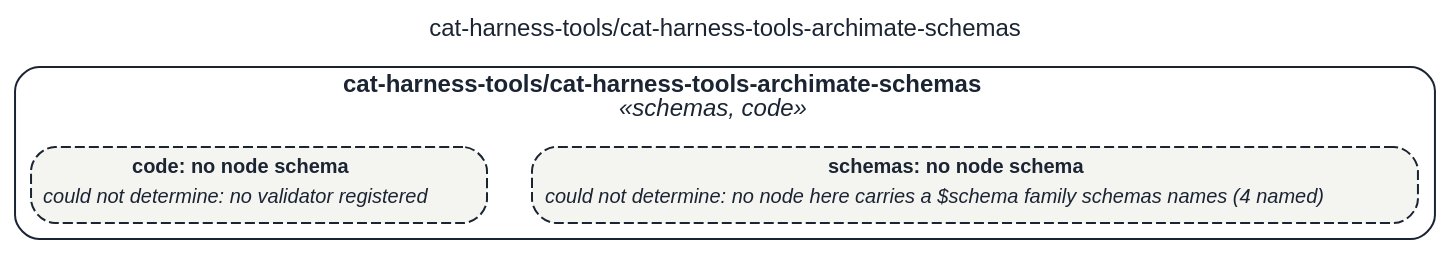
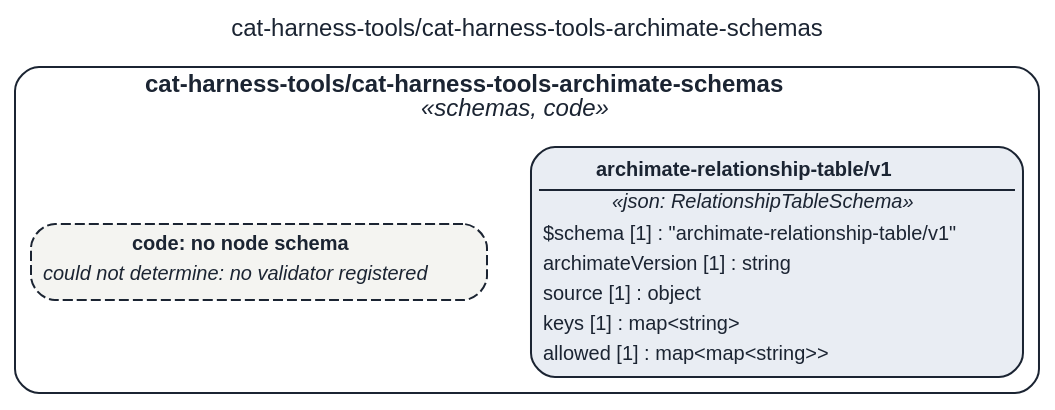
One commit to litlfred/folio-assistant changed the diagram in assets/img/uml/overview/cat-harness-tools/cat-harness-tools-archimate-schemas.dot. Above: the diagram before and after it, drawn with Graphviz. The commit also changed 10681 other files, not shown here.

```diff
--- a/assets/img/uml/overview/cat-harness-tools/cat-harness-tools-archimate-schemas.dot
+++ b/assets/img/uml/overview/cat-harness-tools/cat-harness-tools-archimate-schemas.dot
@@ -1,12 +1,12 @@
 // GENERATED by cat-harness-tools/scripts/gen-uml-overview.ts — do not edit.
 // Rendered page (interactive view, same model): https://litlfred.github.io/folio-assistant/uml/overview/cat-harness-tools/cat-harness-tools-archimate-schemas.html
 digraph "cat_harness_tools_cat_harness_tools_archimate_schemas" {
   graph [label="cat-harness-tools/cat-harness-tools-archimate-schemas", labelloc=t, fontname="Helvetica", fontsize=12, fontcolor="#1b2432", newrank=true, ratio=auto, nodesep=0.3, ranksep=0.5, bgcolor="transparent"];
   node [shape=box, style="rounded,filled", margin=0.05, fontname="Helvetica", fontsize=10, color="#1b2432", fontcolor="#1b2432"];
   edge [color="#1b2432", fontcolor="#1b2432", fontname="Helvetica", fontsize=9];
   subgraph "cluster_pkg_cat_harness_tools_cat_harness_tools_archimate_schemas" {
     label=<<b>cat-harness-tools/cat-harness-tools-archimate-schemas</b><br/><i>«schemas, code»</i>>; style="rounded"; color="#1b2432"; class="fa_uml_subgraph";
-    "n_cat_harness_tools_cat_harness_tools_archimate_schemas_schemas" [style="rounded,filled,dashed", fillcolor="#f4f4f1", class="fa_uml_kind_schemas fa_uml_undetermined", label=<<table border="0" cellborder="0" cellspacing="0" cellpadding="2"><tr><td><b>schemas: no node schema</b></td></tr><tr><td align="left"><i>could not determine: no node here carries a $schema family schemas names (4 named)</i></td></tr></table>>];
+    "cat_harness_tools_cat_harness_tools_archimate_schemas_archimate_relationship_table_v1_archimate_relationship_table_v1" [fillcolor="#e9edf3", class="fa_uml_kind_schemas", label=<<table border="0" cellborder="0" cellspacing="0" cellpadding="2"><tr><td border="1" sides="b"><b>archimate-relationship-table/v1</b></td></tr><tr><td><i>«json: RelationshipTableSchema»</i></td></tr><tr><td align="left">$schema [1] : &quot;archimate-relationship-table/v1&quot;</td></tr><tr><td align="left">archimateVersion [1] : string</td></tr><tr><td align="left">source [1] : object</td></tr><tr><td align="left">keys [1] : map&lt;string&gt;</td></tr><tr><td align="left">allowed [1] : map&lt;map&lt;string&gt;&gt;</td></tr></table>>];
     "n_cat_harness_tools_cat_harness_tools_archimate_schemas_code" [style="rounded,filled,dashed", fillcolor="#f4f4f1", class="fa_uml_kind_code fa_uml_undetermined", label=<<table border="0" cellborder="0" cellspacing="0" cellpadding="2"><tr><td><b>code: no node schema</b></td></tr><tr><td align="left"><i>could not determine: no validator registered</i></td></tr></table>>];
   }
 }
```
